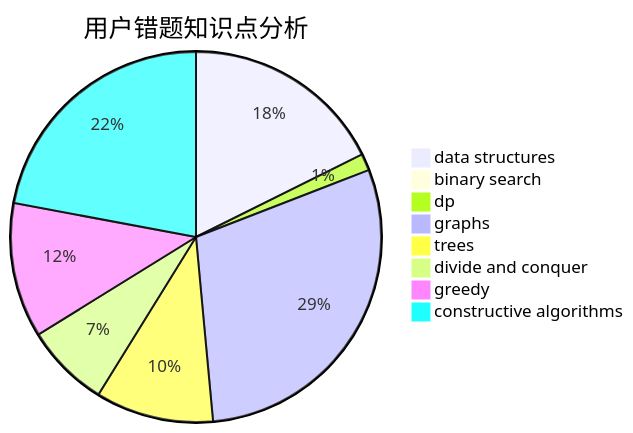
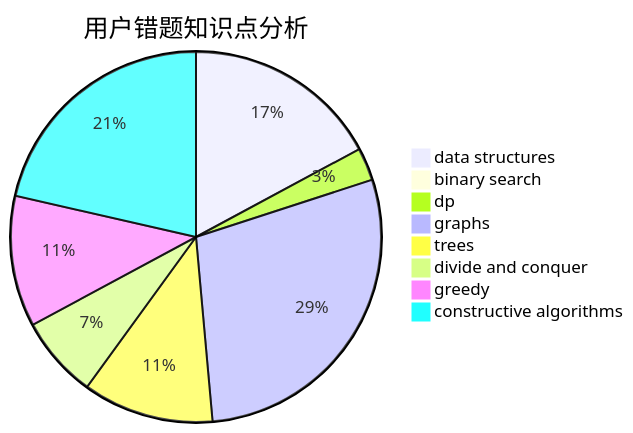
Before and after one commit to sherpahu/cfrs.github.io: the third of 3 diagrams in docs/user/u2761.md, drawn with Mermaid. The commit also changed other lines of this file and 2770 other files, not shown here.

````diff
--- a/docs/user/u2761.md
+++ b/docs/user/u2761.md
@@ -36,11 +36,11 @@
 ```mermaid
 pie title 用户错题知识点分析
     "data structures" :  12
     "binary search" :  0
-    "dp" :  1
+    "dp" :  2
     "graphs" :  20
-    "trees" :  7
+    "trees" :  8
     "divide and conquer" :  5
     "greedy" :  8
     "constructive algorithms" :  15
 ```
````
